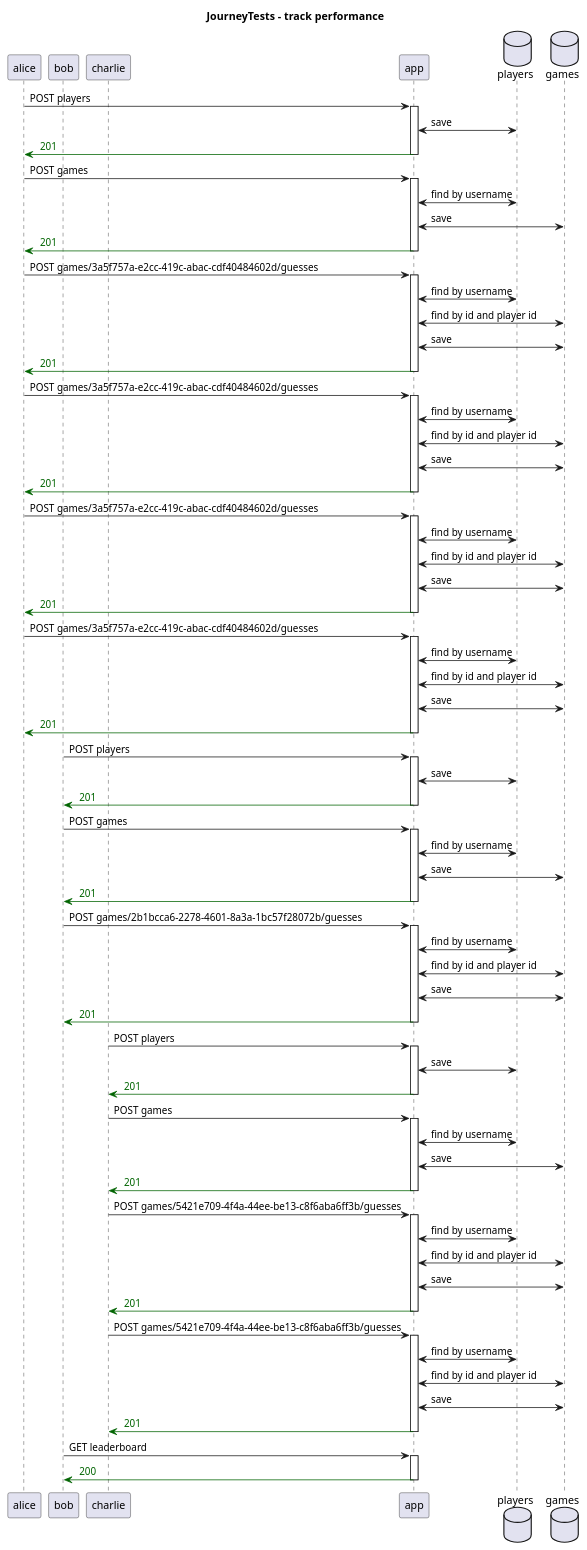
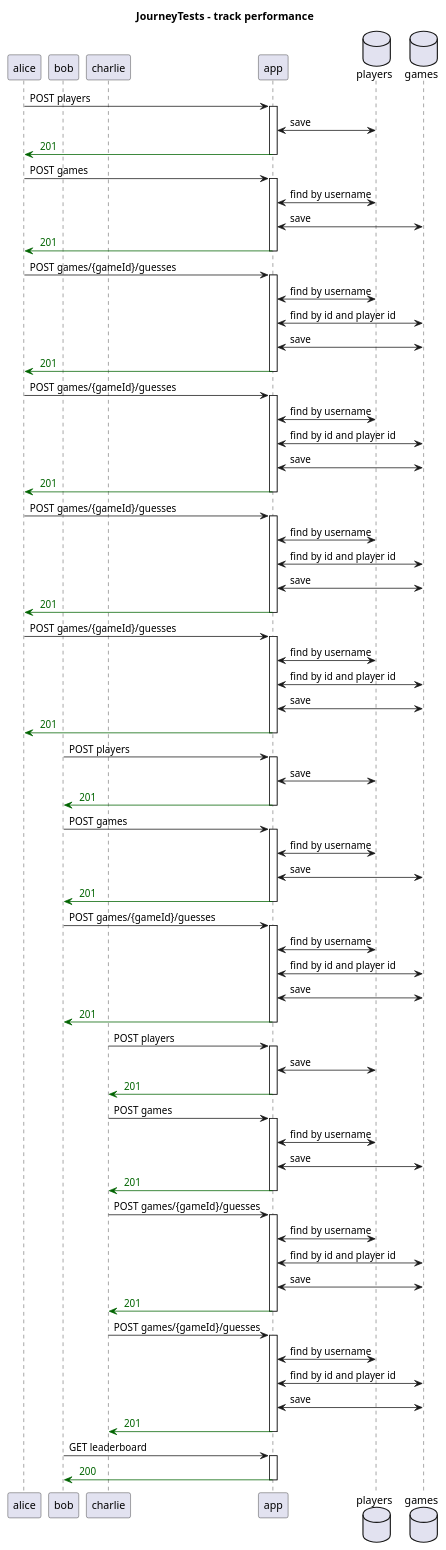
Before and after one commit to th3n3rd/http4k-playground: the diagram in docs/system/generated/JourneyTests - track performance - Sequence.puml, drawn with PlantUML. The commit also changed 3 other files, not shown here.

Commit message:
Prevent generated diagrams to keep on changing by using a uri template

```diff
--- a/docs/system/generated/JourneyTests - track performance - Sequence.puml
+++ b/docs/system/generated/JourneyTests - track performance - Sequence.puml
@@ -1,96 +1,96 @@
 @startuml
 title JourneyTests - track performance
 participant "alice"
 participant "bob"
 participant "charlie"
 participant "app"
 database "players"
 database "games"
 "alice" -> "app": POST players
 activate "app"
 "app" <-> "players": save
 "app" -[#DarkGreen]> "alice": <color:DarkGreen> 201 
 deactivate "app"
 "alice" -> "app": POST games
 activate "app"
 "app" <-> "players": find by username
 "app" <-> "games": save
 "app" -[#DarkGreen]> "alice": <color:DarkGreen> 201 
 deactivate "app"
-"alice" -> "app": POST games/3a5f757a-e2cc-419c-abac-cdf40484602d/guesses
+"alice" -> "app": POST games/{gameId}/guesses
 activate "app"
 "app" <-> "players": find by username
 "app" <-> "games": find by id and player id
 "app" <-> "games": save
 "app" -[#DarkGreen]> "alice": <color:DarkGreen> 201 
 deactivate "app"
-"alice" -> "app": POST games/3a5f757a-e2cc-419c-abac-cdf40484602d/guesses
+"alice" -> "app": POST games/{gameId}/guesses
 activate "app"
 "app" <-> "players": find by username
 "app" <-> "games": find by id and player id
 "app" <-> "games": save
 "app" -[#DarkGreen]> "alice": <color:DarkGreen> 201 
 deactivate "app"
-"alice" -> "app": POST games/3a5f757a-e2cc-419c-abac-cdf40484602d/guesses
+"alice" -> "app": POST games/{gameId}/guesses
 activate "app"
 "app" <-> "players": find by username
 "app" <-> "games": find by id and player id
 "app" <-> "games": save
 "app" -[#DarkGreen]> "alice": <color:DarkGreen> 201 
 deactivate "app"
-"alice" -> "app": POST games/3a5f757a-e2cc-419c-abac-cdf40484602d/guesses
+"alice" -> "app": POST games/{gameId}/guesses
 activate "app"
 "app" <-> "players": find by username
 "app" <-> "games": find by id and player id
 "app" <-> "games": save
 "app" -[#DarkGreen]> "alice": <color:DarkGreen> 201 
 deactivate "app"
 "bob" -> "app": POST players
 activate "app"
 "app" <-> "players": save
 "app" -[#DarkGreen]> "bob": <color:DarkGreen> 201 
 deactivate "app"
 "bob" -> "app": POST games
 activate "app"
 "app" <-> "players": find by username
 "app" <-> "games": save
 "app" -[#DarkGreen]> "bob": <color:DarkGreen> 201 
 deactivate "app"
-"bob" -> "app": POST games/2b1bcca6-2278-4601-8a3a-1bc57f28072b/guesses
+"bob" -> "app": POST games/{gameId}/guesses
 activate "app"
 "app" <-> "players": find by username
 "app" <-> "games": find by id and player id
 "app" <-> "games": save
 "app" -[#DarkGreen]> "bob": <color:DarkGreen> 201 
 deactivate "app"
 "charlie" -> "app": POST players
 activate "app"
 "app" <-> "players": save
 "app" -[#DarkGreen]> "charlie": <color:DarkGreen> 201 
 deactivate "app"
 "charlie" -> "app": POST games
 activate "app"
 "app" <-> "players": find by username
 "app" <-> "games": save
 "app" -[#DarkGreen]> "charlie": <color:DarkGreen> 201 
 deactivate "app"
-"charlie" -> "app": POST games/5421e709-4f4a-44ee-be13-c8f6aba6ff3b/guesses
+"charlie" -> "app": POST games/{gameId}/guesses
 activate "app"
 "app" <-> "players": find by username
 "app" <-> "games": find by id and player id
 "app" <-> "games": save
 "app" -[#DarkGreen]> "charlie": <color:DarkGreen> 201 
 deactivate "app"
-"charlie" -> "app": POST games/5421e709-4f4a-44ee-be13-c8f6aba6ff3b/guesses
+"charlie" -> "app": POST games/{gameId}/guesses
 activate "app"
 "app" <-> "players": find by username
 "app" <-> "games": find by id and player id
 "app" <-> "games": save
 "app" -[#DarkGreen]> "charlie": <color:DarkGreen> 201 
 deactivate "app"
 "bob" -> "app": GET leaderboard
 activate "app"
 
 "app" -[#DarkGreen]> "bob": <color:DarkGreen> 200 
 deactivate "app"
 @enduml
```
